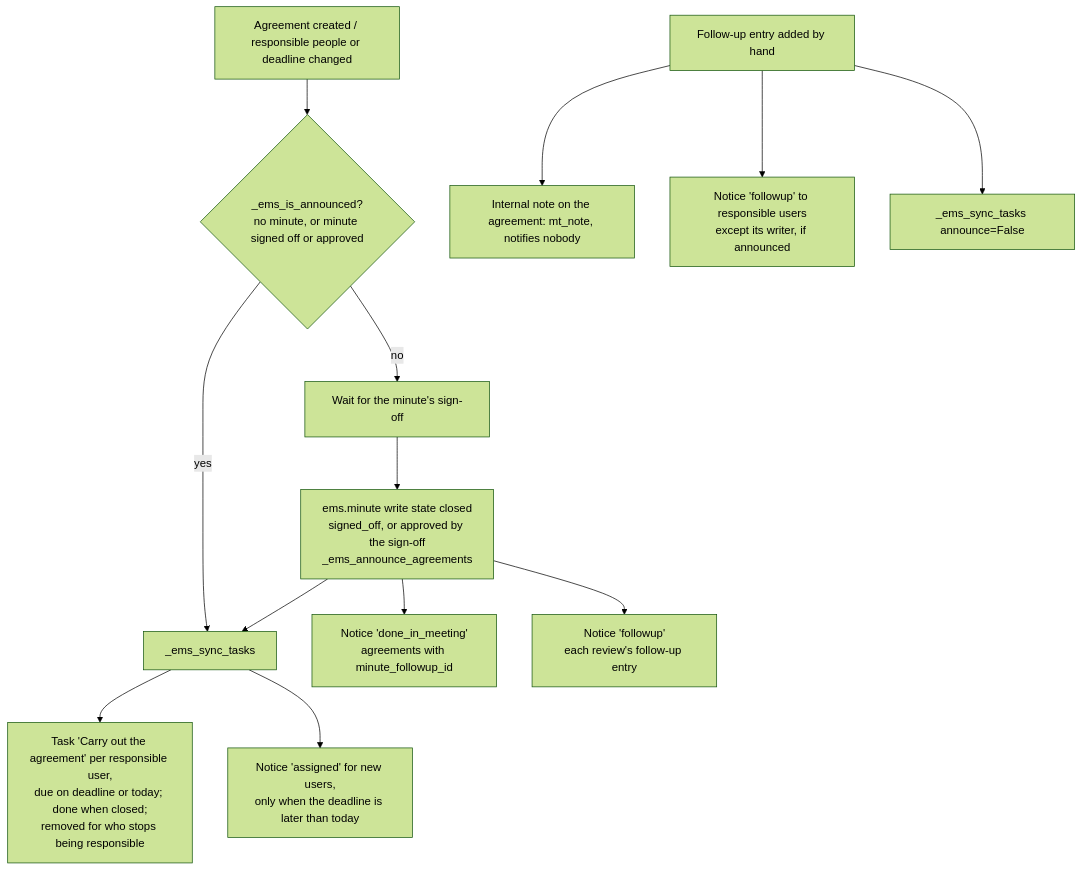
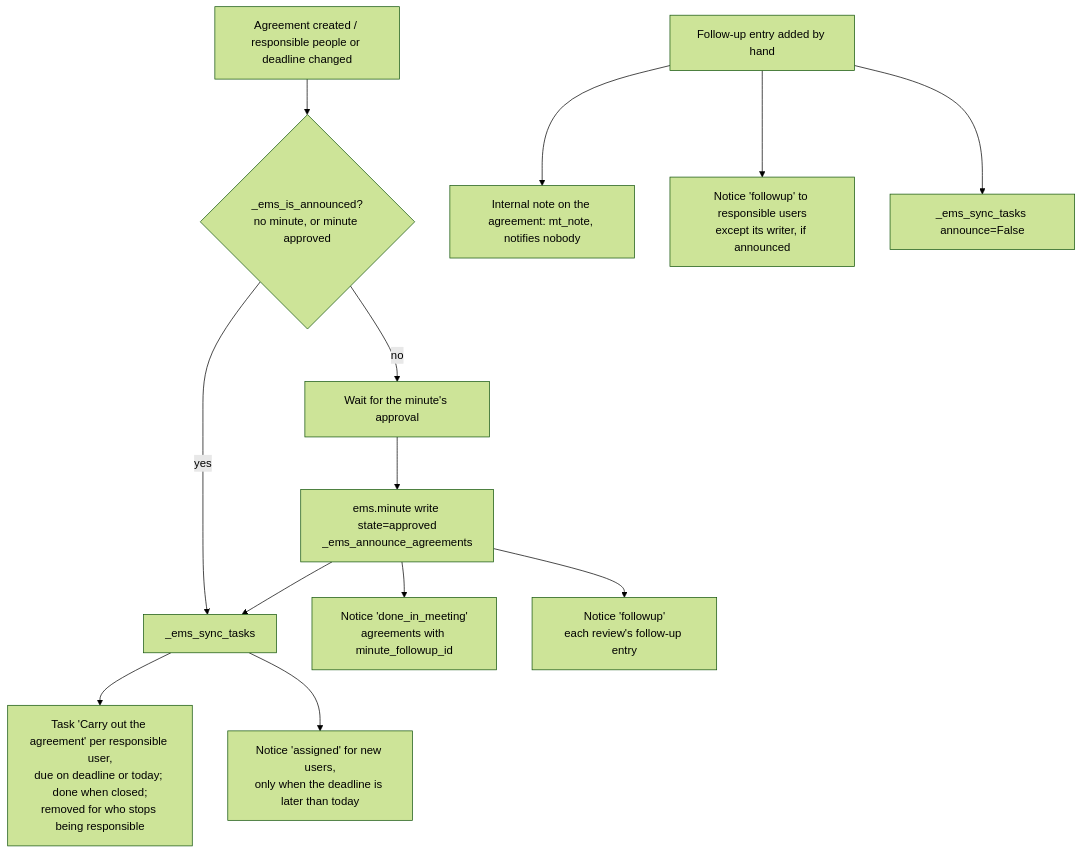
The third of 3 diagrams in docs/en/developers/quality/quality_overview.md (ElPuig/EMS), drawn with Mermaid (forest theme) before and after one commit. The commit also changed other lines of this file and 37 other files, not shown here.

Commit message:
Minutes: back to one approval step, which can be undone to correct the minute; formal draft email (Closes #756)

````diff
--- a/docs/en/developers/quality/quality_overview.md
+++ b/docs/en/developers/quality/quality_overview.md
@@ -435,15 +416,15 @@
 ```mermaid
 flowchart TD
-    A[Agreement created / responsible people or deadline changed] --> B{_ems_is_announced?<br/>no minute, or minute signed off or approved}
-    B -- no --> W[Wait for the minute's sign-off]
+    A[Agreement created / responsible people or deadline changed] --> B{_ems_is_announced?<br/>no minute, or minute approved}
+    B -- no --> W[Wait for the minute's approval]
     B -- yes --> C[_ems_sync_tasks]
-    W --> M[ems.minute write state closed<br/>signed_off, or approved by the sign-off<br/>_ems_announce_agreements]
+    W --> M[ems.minute write state=approved<br/>_ems_announce_agreements]
     M --> C
     M --> N1[Notice 'done_in_meeting'<br/>agreements with minute_followup_id]
     M --> N2[Notice 'followup'<br/>each review's follow-up entry]
     C --> T[Task 'Carry out the agreement' per responsible user,<br/>due on deadline or today; done when closed;<br/>removed for who stops being responsible]
     C --> N3[Notice 'assigned' for new users,<br/>only when the deadline is later than today]
     F[Follow-up entry added by hand] --> NOTE[Internal note on the agreement: mt_note, notifies nobody]
     F --> N4[Notice 'followup' to responsible users<br/>except its writer, if announced]
     F --> C2[_ems_sync_tasks announce=False]
 ```
````
